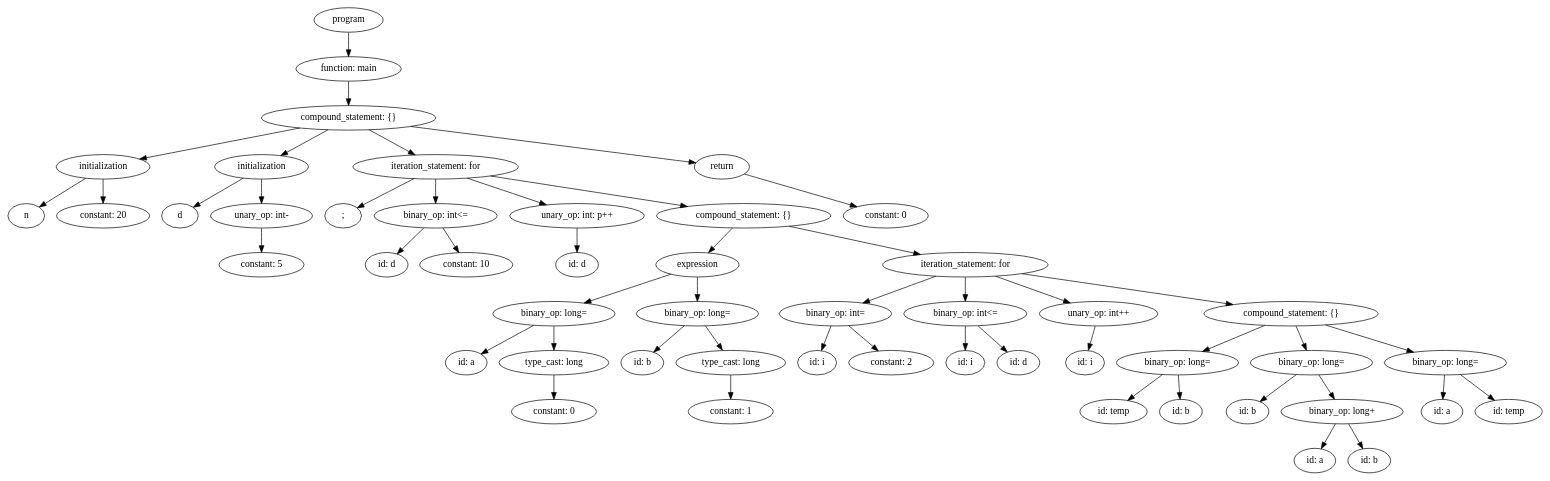
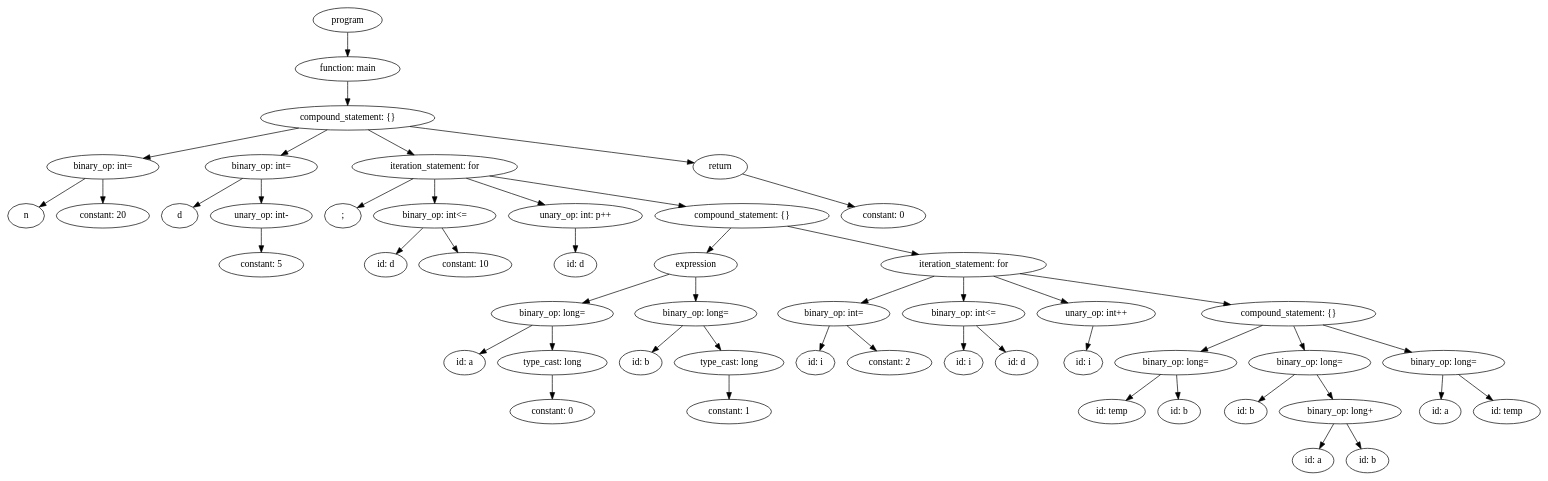
The diagram in output/test3.dot (rjnrohit/C-Compiler-CS335), drawn with Graphviz before and after one commit. The commit also changed 68 other files, not shown here.

```diff
--- a/output/test3.dot
+++ b/output/test3.dot
@@ -1,253 +1,253 @@
 strict digraph "" {
-	graph [bb="0,0,2256.5,684"];
+	graph [bb="0,0,1917.5,684"];
 	node [label="\N"];
 	67	[height=0.5,
 		label=program,
-		pos="501,666",
-		width=1.4082];
+		pos="442,666",
+		width=1.1389];
 	66	[height=0.5,
 		label="function: main",
-		pos="501,594",
-		width=2.1528];
-	67 -> 66	[pos="e,501,612.1 501,647.7 501,639.98 501,630.71 501,622.11"];
+		pos="442,594",
+		width=1.7512];
+	67 -> 66	[pos="e,442,612.1 442,647.7 442,639.98 442,630.71 442,622.11"];
 	65	[height=0.5,
 		label="compound_statement: {}",
-		pos="501,522",
-		width=3.5566];
-	66 -> 65	[pos="e,501,540.1 501,575.7 501,567.98 501,558.71 501,550.11"];
+		pos="442,522",
+		width=2.7984];
+	66 -> 65	[pos="e,442,540.1 442,575.7 442,567.98 442,558.71 442,550.11"];
 	7	[height=0.5,
-		label=initialization,
-		pos="140,450",
-		width=1.9167];
-	65 -> 7	[pos="e,193.71,461.41 429.25,507.09 363.37,494.31 266.69,475.57 203.55,463.32"];
+		label="binary_op: int=",
+		pos="126,450",
+		width=1.8234];
+	65 -> 7	[pos="e,175.45,461.95 381.45,507.59 324.98,495.08 241.27,476.53 185.23,464.12"];
 	21	[height=0.5,
-		label=initialization,
-		pos="373,450",
-		width=1.9167];
-	65 -> 21	[pos="e,401.36,466.51 470.67,504.41 452.54,494.5 429.38,481.83 410.16,471.32"];
+		label="binary_op: int=",
+		pos="331,450",
+		width=1.8234];
+	65 -> 21	[pos="e,356.1,466.83 415.98,504.59 400.73,494.97 381.3,482.72 364.87,472.36"];
 	62	[height=0.5,
 		label="iteration_statement: for",
-		pos="629,450",
-		width=3.3761];
-	65 -> 62	[pos="e,598.88,467.47 531.33,504.41 548.87,494.82 571.12,482.65 589.95,472.36"];
+		pos="554,450",
+		width=2.5998];
+	65 -> 62	[pos="e,527.91,467.31 468.26,504.59 483.42,495.11 502.69,483.07 519.12,472.8"];
 	64	[height=0.5,
 		label=return,
-		pos="1050,450",
-		width=1.125];
-	65 -> 64	[pos="e,1011.7,455.88 592.27,509.36 709.85,494.37 909.98,468.85 1001.6,457.17"];
+		pos="892,450",
+		width=0.88889];
+	65 -> 64	[pos="e,861.44,455.75 515.3,509.6 611.04,494.7 775.37,469.14 851.32,457.33"];
 	5	[height=0.5,
 		label=n,
 		pos="27,378",
 		width=0.75];
-	7 -> 5	[pos="e,46.203,390.9 114.36,433.12 96.725,422.19 73.307,407.69 55.156,396.44"];
+	7 -> 5	[pos="e,44.899,391.66 103.04,432.76 88.236,422.3 68.939,408.65 53.489,397.73"];
 	6	[height=0.5,
 		label="constant: 20",
-		pos="140,378",
-		width=1.8957];
-	7 -> 6	[pos="e,140,396.1 140,431.7 140,423.98 140,414.71 140,406.11"];
+		pos="126,378",
+		width=1.5];
+	7 -> 6	[pos="e,126,396.1 126,431.7 126,423.98 126,414.71 126,406.11"];
 	18	[height=0.5,
 		label=d,
-		pos="253,378",
+		pos="225,378",
 		width=0.75];
-	21 -> 18	[pos="e,272.75,390.52 346.07,433.29 326.86,422.09 301.08,407.04 281.52,395.64"];
+	21 -> 18	[pos="e,243.68,391.34 306.95,433.12 290.61,422.33 268.99,408.05 252.06,396.87"];
 	20	[height=0.5,
 		label="unary_op: int-",
-		pos="373,378",
-		width=2.0762];
-	21 -> 20	[pos="e,373,396.1 373,431.7 373,423.98 373,414.71 373,406.11"];
+		pos="331,378",
+		width=1.6971];
+	21 -> 20	[pos="e,331,396.1 331,431.7 331,423.98 331,414.71 331,406.11"];
 	22	[height=0.5,
 		label=";",
-		pos="493,378",
+		pos="437,378",
 		width=0.75];
-	62 -> 22	[pos="e,513.7,389.65 597.11,432.59 574.58,420.99 544.6,405.56 522.59,394.23"];
+	62 -> 22	[pos="e,456.68,390.78 526.86,432.76 508.42,421.73 484.06,407.16 465.36,395.97"];
 	25	[height=0.5,
 		label="binary_op: int<=",
-		pos="629,378",
-		width=2.5139];
-	62 -> 25	[pos="e,629,396.1 629,431.7 629,423.98 629,414.71 629,406.11"];
+		pos="554,378",
+		width=1.9861];
+	62 -> 25	[pos="e,554,396.1 554,431.7 554,423.98 554,414.71 554,406.11"];
 	27	[height=0.5,
 		label="unary_op: int: p++",
-		pos="837,378",
-		width=2.75];
-	62 -> 27	[pos="e,791.91,394.18 675.68,433.29 707.29,422.65 749.18,408.55 782.36,397.39"];
+		pos="722,378",
+		width=2.1667];
+	62 -> 27	[pos="e,685.97,394.01 591.28,433.46 616.42,422.99 649.75,409.1 676.46,397.98"];
 	61	[height=0.5,
 		label="compound_statement: {}",
-		pos="1082,378",
-		width=3.5566];
-	62 -> 61	[pos="e,999.32,391.78 709.73,436.53 788.11,424.41 906.99,406.04 989.23,393.34"];
+		pos="919,378",
+		width=2.7984];
+	62 -> 61	[pos="e,852.92,391.67 618,436.73 680.71,424.7 776.33,406.36 842.9,393.59"];
 	63	[height=0.5,
 		label="constant: 0",
-		pos="1291,378",
-		width=1.7361];
-	64 -> 63	[pos="e,1248.7,391.29 1083,439.41 1123.2,427.74 1191.6,407.88 1238.9,394.13"];
+		pos="1087,378",
+		width=1.375];
+	64 -> 63	[pos="e,1052.9,391.23 918.3,439.56 950.27,428.08 1004.7,408.55 1043.1,394.77"];
 	19	[height=0.5,
 		label="constant: 5",
-		pos="373,306",
-		width=1.7361];
-	20 -> 19	[pos="e,373,324.1 373,359.7 373,351.98 373,342.71 373,334.11"];
+		pos="331,306",
+		width=1.375];
+	20 -> 19	[pos="e,331,324.1 331,359.7 331,351.98 331,342.71 331,334.11"];
 	23	[height=0.5,
 		label="id: d",
-		pos="557,306",
-		width=0.86659];
-	25 -> 23	[pos="e,572.31,321.89 611.57,360.05 602.02,350.77 590.07,339.15 579.78,329.15"];
+		pos="489,306",
+		width=0.75];
+	25 -> 23	[pos="e,502.96,322.04 538.6,360.41 530.06,351.22 519.34,339.67 510.04,329.66"];
 	24	[height=0.5,
 		label="constant: 10",
-		pos="674,306",
-		width=1.8957];
-	25 -> 24	[pos="e,663.21,323.79 639.89,360.05 645.25,351.71 651.83,341.49 657.77,332.25"];
+		pos="588,306",
+		width=1.5];
+	25 -> 24	[pos="e,579.61,324.28 562.23,360.05 566.1,352.09 570.8,342.41 575.12,333.51"];
 	26	[height=0.5,
 		label="id: d",
-		pos="837,306",
-		width=0.86659];
-	27 -> 26	[pos="e,837,324.1 837,359.7 837,351.98 837,342.71 837,334.11"];
+		pos="722,306",
+		width=0.75];
+	27 -> 26	[pos="e,722,324.1 722,359.7 722,351.98 722,342.71 722,334.11"];
 	36	[height=0.5,
 		label=expression,
-		pos="1014,306",
-		width=1.6971];
-	61 -> 36	[pos="e,1030.3,323.79 1065.5,360.05 1057.1,351.37 1046.7,340.64 1037.4,331.11"];
+		pos="867,306",
+		width=1.336];
+	61 -> 36	[pos="e,879.47,323.79 906.41,360.05 900.15,351.63 892.46,341.28 885.55,331.97"];
 	60	[height=0.5,
 		label="iteration_statement: for",
-		pos="1408,306",
-		width=3.3761];
-	61 -> 60	[pos="e,1342,321.16 1149.2,362.58 1202.3,351.16 1276.6,335.22 1331.9,323.33"];
+		pos="1201,306",
+		width=2.5998];
+	61 -> 60	[pos="e,1146.1,320.62 975.39,363 1021.9,351.47 1087.8,335.11 1136.4,323.04"];
 	31	[height=0.5,
 		label="binary_op: long=",
-		pos="803,234",
-		width=2.4914];
-	36 -> 31	[pos="e,847.46,249.75 974.81,292 941.66,281 893.82,265.13 857.04,252.93"];
+		pos="681,234",
+		width=2.004];
+	36 -> 31	[pos="e,719.28,249.4 834.18,292.65 804.94,281.64 761.8,265.41 728.75,252.97"];
 	35	[height=0.5,
 		label="binary_op: long=",
-		pos="1014,234",
-		width=2.4914];
-	36 -> 35	[pos="e,1014,252.1 1014,287.7 1014,279.98 1014,270.71 1014,262.11"];
+		pos="867,234",
+		width=2.004];
+	36 -> 35	[pos="e,867,252.1 867,287.7 867,279.98 867,270.71 867,262.11"];
 	42	[height=0.5,
 		label="binary_op: int=",
-		pos="1217,234",
-		width=2.2929];
-	60 -> 42	[pos="e,1257.2,249.75 1364.7,289.12 1335.6,278.45 1297.1,264.37 1266.8,253.25"];
+		pos="1046,234",
+		width=1.8234];
+	60 -> 42	[pos="e,1078.7,249.75 1165.8,289.12 1142.7,278.68 1112.4,264.98 1088,253.97"];
 	45	[height=0.5,
 		label="binary_op: int<=",
-		pos="1408,234",
-		width=2.5139];
-	60 -> 45	[pos="e,1408,252.1 1408,287.7 1408,279.98 1408,270.71 1408,262.11"];
+		pos="1201,234",
+		width=1.9861];
+	60 -> 45	[pos="e,1201,252.1 1201,287.7 1201,279.98 1201,270.71 1201,262.11"];
 	47	[height=0.5,
 		label="unary_op: int++",
-		pos="1604,234",
-		width=2.4192];
-	60 -> 47	[pos="e,1562.4,249.86 1452.5,289.12 1482.2,278.49 1521.5,264.47 1552.6,253.36"];
+		pos="1360,234",
+		width=1.9167];
+	60 -> 47	[pos="e,1326.3,249.82 1236.7,289.29 1260.5,278.82 1291.9,264.99 1317,253.92"];
 	59	[height=0.5,
 		label="compound_statement: {}",
-		pos="1887,234",
-		width=3.5566];
-	60 -> 59	[pos="e,1801.6,247.48 1491.2,292.85 1574.9,280.61 1703.8,261.77 1791.6,248.94"];
+		pos="1593,234",
+		width=2.7984];
+	60 -> 59	[pos="e,1524.4,247.26 1267.1,293.2 1335.3,281.02 1441.8,262 1514.4,249.04"];
 	28	[height=0.5,
 		label="id: a",
-		pos="674,162",
-		width=0.84854];
-	31 -> 28	[pos="e,695.81,174.84 773.4,216.94 752.89,205.81 725.64,191.02 704.86,179.74"];
+		pos="571,162",
+		width=0.75];
+	31 -> 28	[pos="e,589.94,175.05 655.76,216.94 638.7,206.08 616.15,191.73 598.61,180.57"];
 	30	[height=0.5,
 		label="type_cast: long",
-		pos="803,162",
-		width=2.2387];
-	31 -> 30	[pos="e,803,180.1 803,215.7 803,207.98 803,198.71 803,190.11"];
+		pos="681,162",
+		width=1.7917];
+	31 -> 30	[pos="e,681,180.1 681,215.7 681,207.98 681,198.71 681,190.11"];
 	32	[height=0.5,
 		label="id: b",
-		pos="933,162",
-		width=0.86659];
-	35 -> 32	[pos="e,949.59,177.34 994.8,216.41 983.63,206.75 969.43,194.48 957.46,184.14"];
+		pos="791,162",
+		width=0.75];
+	35 -> 32	[pos="e,806.32,177.11 848.99,216.41 838.43,206.69 825,194.31 813.72,183.93"];
 	34	[height=0.5,
 		label="type_cast: long",
-		pos="1063,162",
-		width=2.2387];
-	35 -> 34	[pos="e,1050.9,180.28 1025.9,216.05 1031.6,207.84 1038.6,197.79 1045,188.66"];
+		pos="901,162",
+		width=1.7917];
+	35 -> 34	[pos="e,892.61,180.28 875.23,216.05 879.1,208.09 883.8,198.41 888.12,189.51"];
 	40	[height=0.5,
 		label="id: i",
-		pos="1190,162",
-		width=0.79437];
-	42 -> 40	[pos="e,1196.5,179.79 1210.5,216.05 1207.4,208.06 1203.6,198.33 1200.2,189.4"];
+		pos="1011,162",
+		width=0.75];
+	42 -> 40	[pos="e,1019.2,179.31 1037.5,216.05 1033.4,207.77 1028.3,197.62 1023.7,188.42"];
 	41	[height=0.5,
 		label="constant: 2",
-		pos="1299,162",
-		width=1.7361];
-	42 -> 41	[pos="e,1280,179.23 1236.4,216.41 1247.1,207.28 1260.6,195.81 1272.2,185.84"];
+		pos="1106,162",
+		width=1.375];
+	42 -> 41	[pos="e,1091.9,179.47 1060.2,216.41 1067.7,207.69 1077,196.85 1085.3,187.21"];
 	43	[height=0.5,
 		label="id: i",
-		pos="1408,162",
-		width=0.79437];
-	45 -> 43	[pos="e,1408,180.1 1408,215.7 1408,207.98 1408,198.71 1408,190.11"];
+		pos="1201,162",
+		width=0.75];
+	45 -> 43	[pos="e,1201,180.1 1201,215.7 1201,207.98 1201,198.71 1201,190.11"];
 	44	[height=0.5,
 		label="id: d",
-		pos="1486,162",
-		width=0.86659];
-	45 -> 44	[pos="e,1469.7,177.66 1426.9,216.05 1437.5,206.52 1450.9,194.53 1462.2,184.35"];
+		pos="1273,162",
+		width=0.75];
+	45 -> 44	[pos="e,1258,177.57 1218.1,216.41 1227.8,206.91 1240.2,194.88 1250.7,184.65"];
 	46	[height=0.5,
 		label="id: i",
-		pos="1584,162",
-		width=0.79437];
-	47 -> 46	[pos="e,1588.9,180.1 1599.1,215.7 1596.8,207.9 1594.1,198.51 1591.7,189.83"];
+		pos="1353,162",
+		width=0.75];
+	47 -> 46	[pos="e,1354.7,180.1 1358.3,215.7 1357.5,207.98 1356.6,198.71 1355.7,190.11"];
 	50	[height=0.5,
 		label="binary_op: long=",
-		pos="1720,162",
-		width=2.4914];
-	59 -> 50	[pos="e,1756.8,178.43 1848.3,216.76 1823.8,206.52 1792.1,193.24 1766.4,182.43"];
+		pos="1470,162",
+		width=2.004];
+	59 -> 50	[pos="e,1497.8,178.83 1564.2,216.59 1547,206.8 1524.9,194.27 1506.5,183.79"];
 	55	[height=0.5,
 		label="binary_op: long=",
-		pos="1917,162",
-		width=2.4914];
-	59 -> 55	[pos="e,1909.7,180.1 1894.4,215.7 1897.8,207.81 1901.9,198.3 1905.6,189.55"];
+		pos="1632,162",
+		width=2.004];
+	59 -> 55	[pos="e,1622.4,180.28 1602.4,216.05 1606.9,208.01 1612.4,198.2 1617.4,189.23"];
 	58	[height=0.5,
 		label="binary_op: long=",
-		pos="2114,162",
-		width=2.4914];
-	59 -> 58	[pos="e,2067.4,177.38 1937.7,217.38 1973.3,206.39 2021,191.69 2057.8,180.34"];
+		pos="1794,162",
+		width=2.004];
+	59 -> 58	[pos="e,1753.7,177.02 1637.1,217.64 1668.6,206.66 1711.1,191.87 1743.9,180.45"];
 	29	[height=0.5,
 		label="constant: 0",
-		pos="803,90",
-		width=1.7361];
-	30 -> 29	[pos="e,803,108.1 803,143.7 803,135.98 803,126.71 803,118.11"];
+		pos="681,90",
+		width=1.375];
+	30 -> 29	[pos="e,681,108.1 681,143.7 681,135.98 681,126.71 681,118.11"];
 	33	[height=0.5,
 		label="constant: 1",
-		pos="1063,90",
-		width=1.7361];
-	34 -> 33	[pos="e,1063,108.1 1063,143.7 1063,135.98 1063,126.71 1063,118.11"];
+		pos="901,90",
+		width=1.375];
+	34 -> 33	[pos="e,901,108.1 901,143.7 901,135.98 901,126.71 901,118.11"];
 	48	[height=0.5,
 		label="id: temp",
-		pos="1626,90",
-		width=1.375];
-	50 -> 48	[pos="e,1646.8,106.51 1697.7,144.41 1685,134.9 1668.8,122.86 1655,112.62"];
+		pos="1386,90",
+		width=1.125];
+	50 -> 48	[pos="e,1404.3,106.27 1450.1,144.41 1438.7,134.93 1424.3,122.92 1412,112.69"];
 	49	[height=0.5,
 		label="id: b",
-		pos="1725,90",
-		width=0.86659];
-	50 -> 49	[pos="e,1723.8,108.1 1721.2,143.7 1721.8,135.98 1722.4,126.71 1723.1,118.11"];
+		pos="1472,90",
+		width=0.75];
+	50 -> 49	[pos="e,1471.5,108.1 1470.5,143.7 1470.7,135.98 1471,126.71 1471.2,118.11"];
 	51	[height=0.5,
 		label="id: b",
-		pos="1823,90",
-		width=0.86659];
-	55 -> 51	[pos="e,1841.3,104.65 1894.7,144.41 1881.2,134.37 1863.9,121.49 1849.7,110.9"];
+		pos="1553,90",
+		width=0.75];
+	55 -> 51	[pos="e,1568.7,104.88 1613.3,144.41 1602.2,134.62 1588.2,122.15 1576.4,111.72"];
 	54	[height=0.5,
 		label="binary_op: long+",
-		pos="1962,90",
-		width=2.4914];
-	55 -> 54	[pos="e,1950.9,108.28 1927.9,144.05 1933.1,135.92 1939.5,126 1945.3,116.94"];
+		pos="1670,90",
+		width=2.004];
+	55 -> 54	[pos="e,1660.6,108.28 1641.2,144.05 1645.6,136.01 1650.9,126.2 1655.8,117.23"];
 	56	[height=0.5,
 		label="id: a",
-		pos="2109,90",
-		width=0.84854];
-	58 -> 56	[pos="e,2110.2,108.1 2112.8,143.7 2112.2,135.98 2111.6,126.71 2110.9,118.11"];
+		pos="1791,90",
+		width=0.75];
+	58 -> 56	[pos="e,1791.7,108.1 1793.3,143.7 1792.9,135.98 1792.5,126.71 1792.2,118.11"];
 	57	[height=0.5,
 		label="id: temp",
-		pos="2207,90",
-		width=1.375];
-	58 -> 57	[pos="e,2186.4,106.51 2136,144.41 2148.7,134.9 2164.7,122.86 2178.3,112.62"];
+		pos="1877,90",
+		width=1.125];
+	58 -> 57	[pos="e,1858.9,106.27 1813.7,144.41 1824.8,135.02 1838.9,123.15 1850.9,112.99"];
 	52	[height=0.5,
 		label="id: a",
-		pos="1922,18",
-		width=0.84854];
-	54 -> 52	[pos="e,1931.3,35.307 1952.3,72.055 1947.5,63.679 1941.7,53.404 1936.4,44.134"];
+		pos="1634,18",
+		width=0.75];
+	54 -> 52	[pos="e,1642.4,35.307 1661.3,72.055 1657,63.767 1651.8,53.618 1647.1,44.424"];
 	53	[height=0.5,
 		label="id: b",
-		pos="2002,18",
-		width=0.86659];
-	54 -> 53	[pos="e,1992.7,35.307 1971.7,72.055 1976.5,63.679 1982.3,53.404 1987.6,44.134"];
+		pos="1706,18",
+		width=0.75];
+	54 -> 53	[pos="e,1697.6,35.307 1678.7,72.055 1683,63.767 1688.2,53.618 1692.9,44.424"];
 }
```
